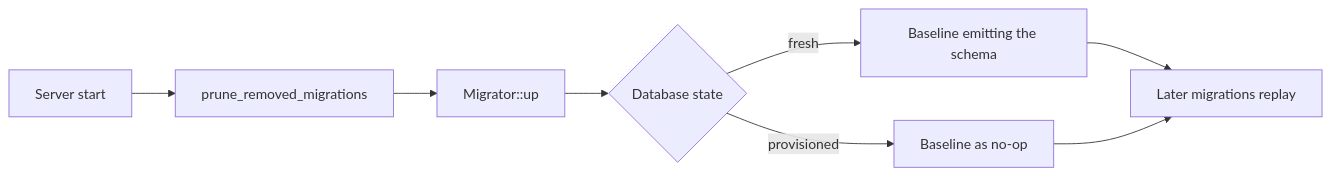
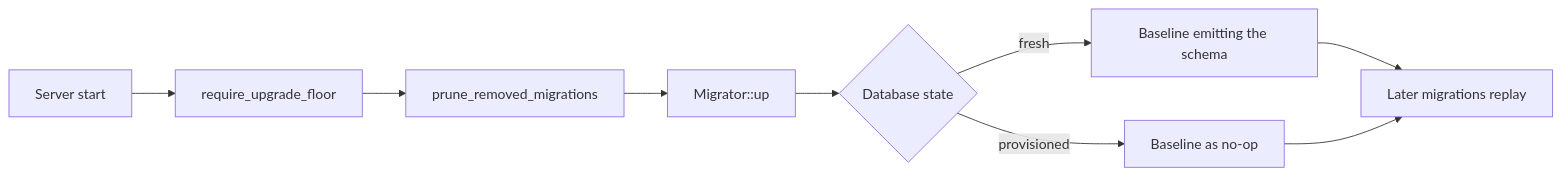
Before and after one commit to wavelens/gradient: the diagram in docs/src/contributors/migrations.md, drawn with Mermaid. The commit also changed other lines of this file and 3 other files, not shown here.

Commit message:
migration: feat: refuse start below upgrade floor

````diff
--- a/docs/src/contributors/migrations.md
+++ b/docs/src/contributors/migrations.md
@@ -5,10 +5,11 @@
 ```mermaid
 flowchart LR
-    start[Server start] --> prune[prune_removed_migrations]
+    start[Server start] --> floor[require_upgrade_floor]
+    floor --> prune[prune_removed_migrations]
     prune --> up["Migrator::up"]
     up --> baseline{Database state}
     baseline -->|fresh| schema[Baseline emitting the schema]
     baseline -->|provisioned| noop[Baseline as no-op]
     schema --> later[Later migrations replay]
     noop --> later
 ```
````
